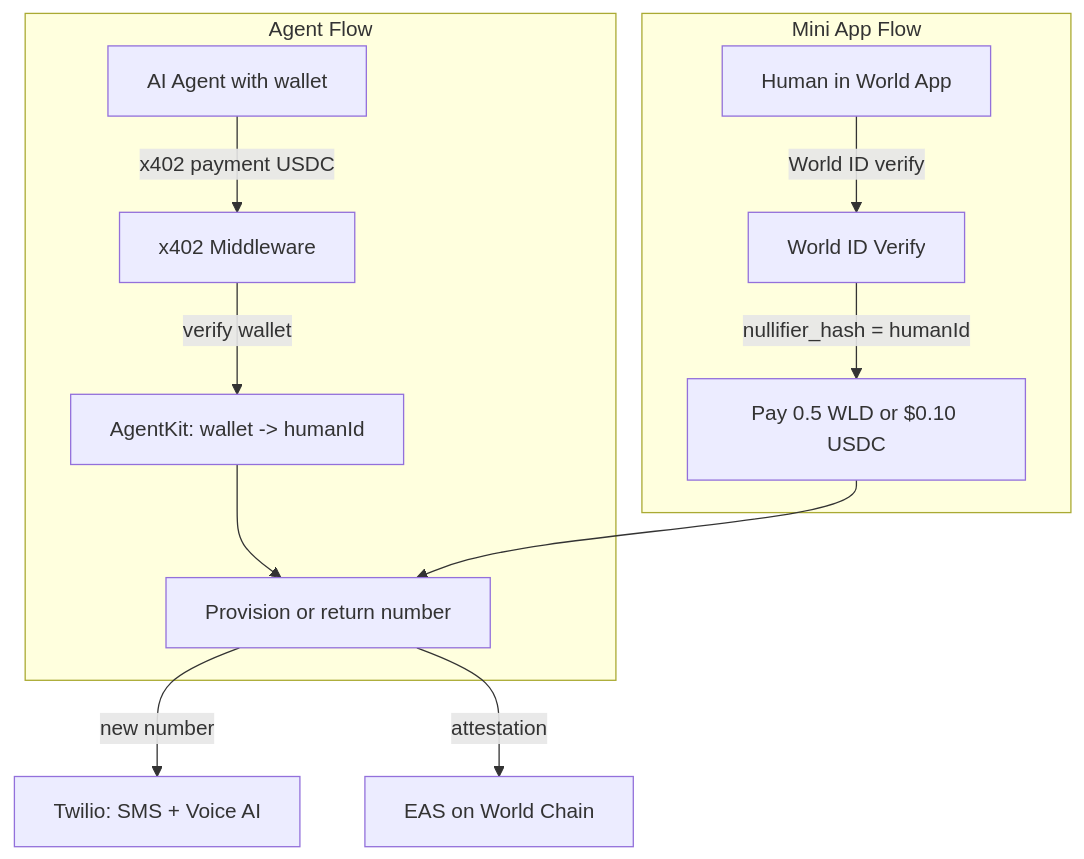
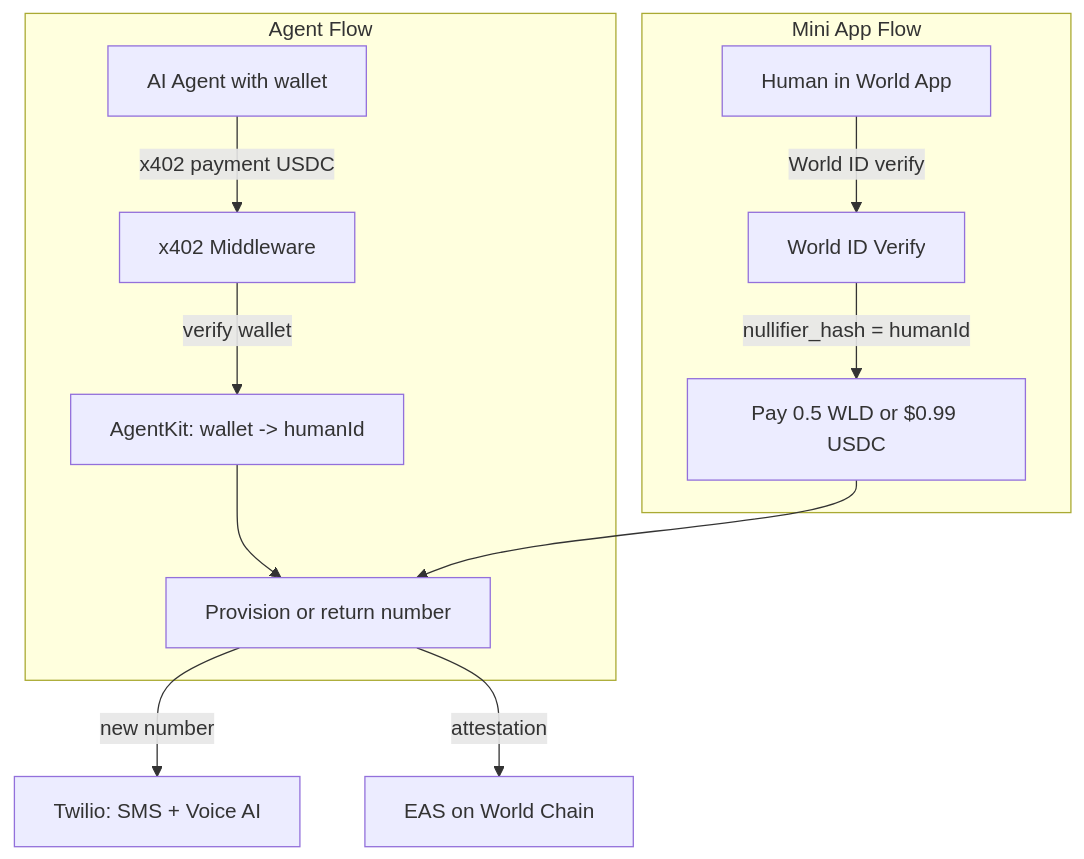
One commit to trionlabs/ahoy changed the second of 4 diagrams in README.md. Above: the diagram before and after it, drawn with Mermaid. The commit also changed other lines of this file and 2 other files, not shown here.

````diff
--- a/README.md
+++ b/README.md
@@ -62,17 +62,17 @@
 ```mermaid
 graph TB
     subgraph "Agent Flow"
         AG[AI Agent with wallet] -->|x402 payment USDC| X4[x402 Middleware]
         X4 -->|verify wallet| AK[AgentKit: wallet -> humanId]
         AK --> PROV[Provision or return number]
     end
 
     subgraph "Mini App Flow"
         USER[Human in World App] -->|World ID verify| WID[World ID Verify]
-        WID -->|nullifier_hash = humanId| PAY[Pay 0.5 WLD or $0.10 USDC]
+        WID -->|nullifier_hash = humanId| PAY[Pay 0.5 WLD or $0.99 USDC]
         PAY --> PROV
     end
 
     PROV -->|new number| TW[Twilio: SMS + Voice AI]
     PROV -->|attestation| EAS[EAS on World Chain]
 ```
````
